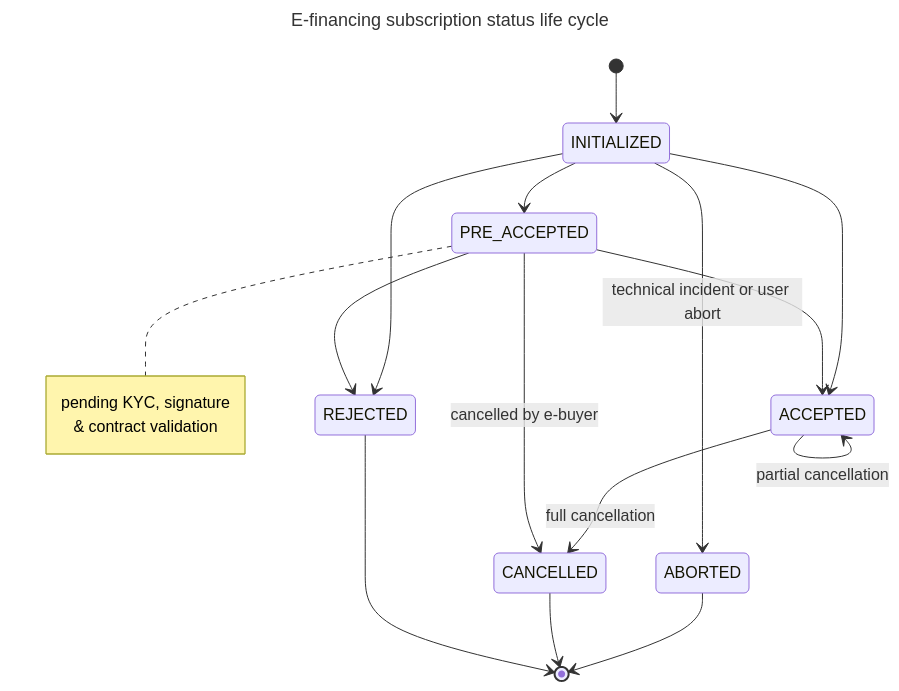
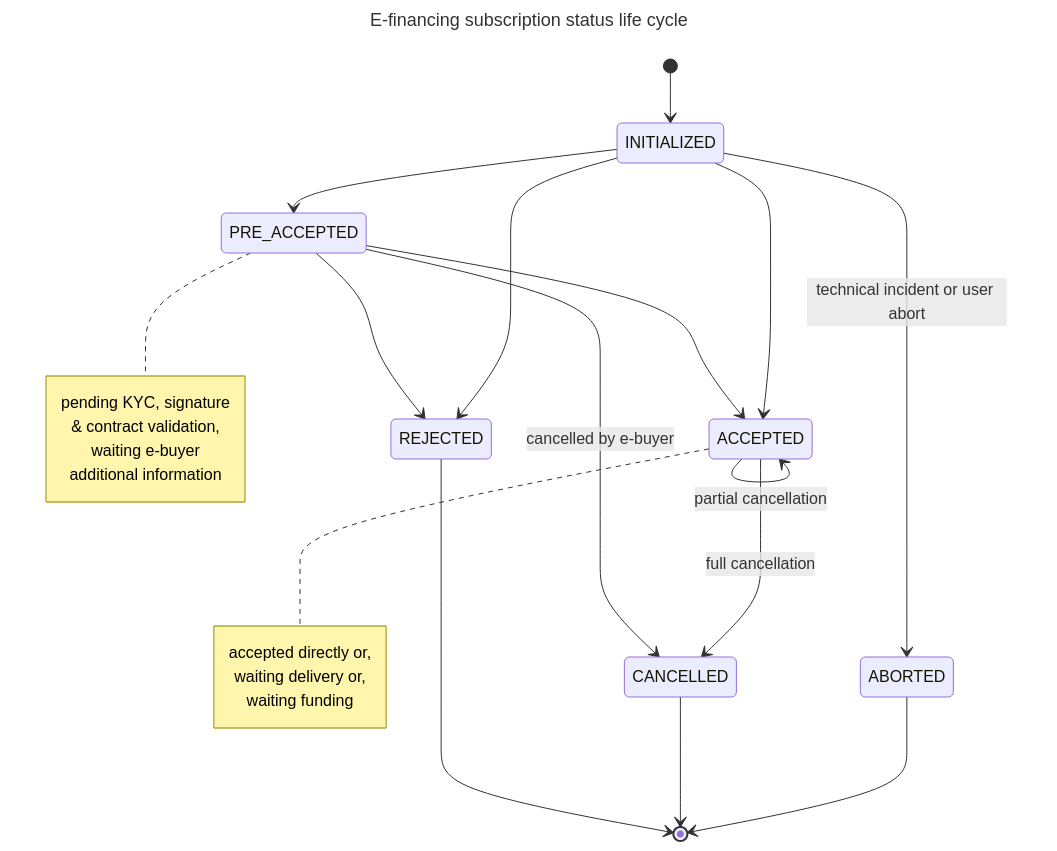
Before and after one commit to scalexpert/documentation: the diagram in solutions-reference/credit/e-financing-status-life-cycle.md, drawn with Mermaid. The commit also changed other lines of this file and 2 other files, not shown here.

Commit message:
GITBOOK-600: No subject

````diff
--- a/solutions-reference/credit/e-financing-status-life-cycle.md
+++ b/solutions-reference/credit/e-financing-status-life-cycle.md
@@ -18,24 +18,31 @@
 ```mermaid
 ---
 title: E-financing subscription status life cycle
 ---
 stateDiagram-v2 
     [*] --> INITIALIZED
     INITIALIZED --> ABORTED: technical incident or user abort
     INITIALIZED --> PRE_ACCEPTED
 note right of PRE_ACCEPTED
 pending KYC, signature 
-& contract validation
+& contract validation,
+waiting e-buyer 
+additional information
 end note
     PRE_ACCEPTED --> ACCEPTED
+note right of ACCEPTED
+accepted directly or,
+waiting delivery or,
+waiting funding
+end note
     PRE_ACCEPTED --> REJECTED
     PRE_ACCEPTED --> CANCELLED: cancelled by e-buyer
     INITIALIZED --> ACCEPTED
     INITIALIZED --> REJECTED
     ACCEPTED --> ACCEPTED: partial cancellation
     ACCEPTED --> CANCELLED: full cancellation
     REJECTED --> [*]
     CANCELLED --> [*]
     ABORTED --> [*]
 
 ```
````
